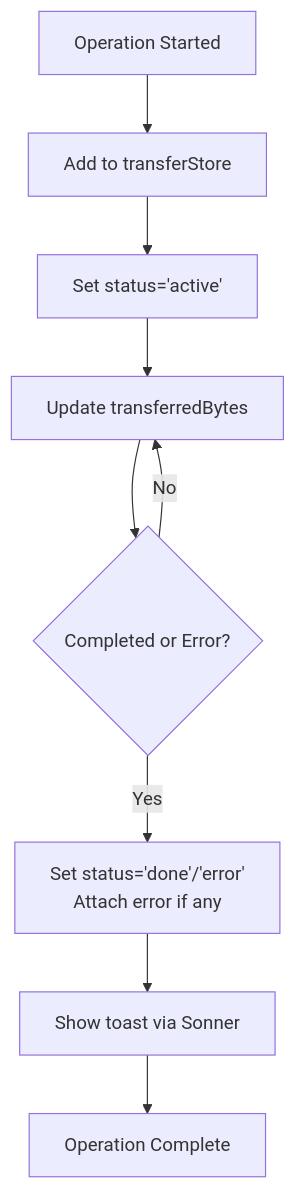
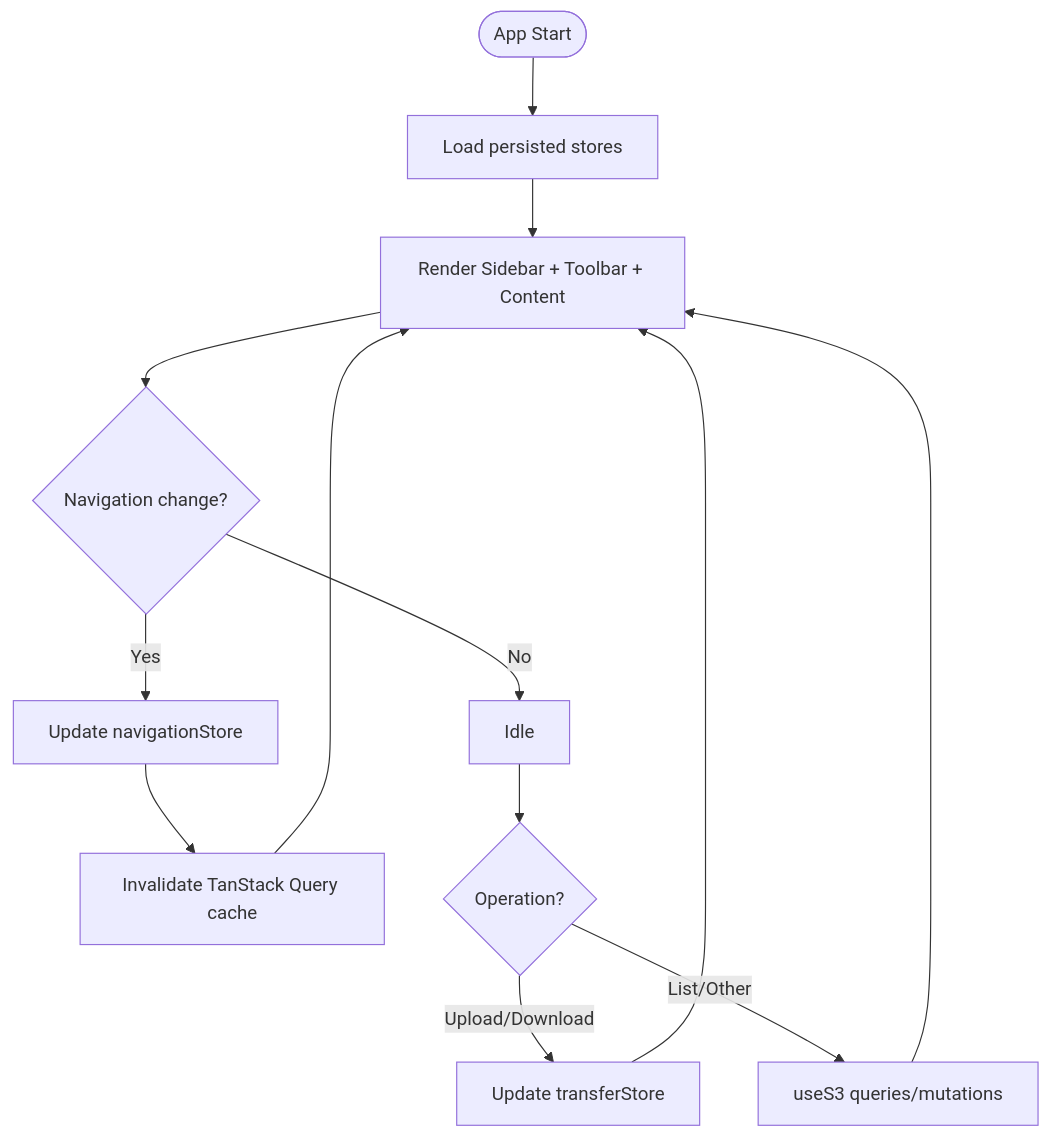
Before and after one commit to nasrulhadi/s3-explorer: the sixth of 7 diagrams in .qoder/repowiki/en/content/Core Features/Core Features.md, drawn with Mermaid. The commit also changed other lines of this file and 46 other files, not shown here.

````diff
--- a/.qoder/repowiki/en/content/Core Features/Core Features.md
+++ b/.qoder/repowiki/en/content/Core Features/Core Features.md
@@ -325,11 +330,15 @@
 ```mermaid
 flowchart TD
-OpStart["Operation Started"] --> Enqueue["Add to transferStore"]
-Enqueue --> StatusActive["Set status='active'"]
-StatusActive --> Update["Update transferredBytes"]
-Update --> DoneOrErr{"Completed or Error?"}
-DoneOrErr --> |No| Update
-DoneOrErr --> |Yes| Finalize["Set status='done'/'error'<br/>Attach error if any"]
-Finalize --> Notify["Show toast via Sonner"]
-Notify --> OpEnd["Operation Complete"]
+Start(["App Start"]) --> LoadStores["Load persisted stores"]
+LoadStores --> RenderUI["Render Sidebar + Toolbar + Content"]
+RenderUI --> NavChange{"Navigation change?"}
+NavChange --> |Yes| UpdateNav["Update navigationStore"]
+NavChange --> |No| Idle["Idle"]
+UpdateNav --> InvalidateQuery["Invalidate TanStack Query cache"]
+InvalidateQuery --> RenderUI
+Idle --> Operation{"Operation?"}
+Operation --> |Upload/Download| UpdateTransfers["Update transferStore"]
+Operation --> |List/Other| QueryS3["useS3 queries/mutations"]
+UpdateTransfers --> RenderUI
+QueryS3 --> RenderUI
 ```
````
